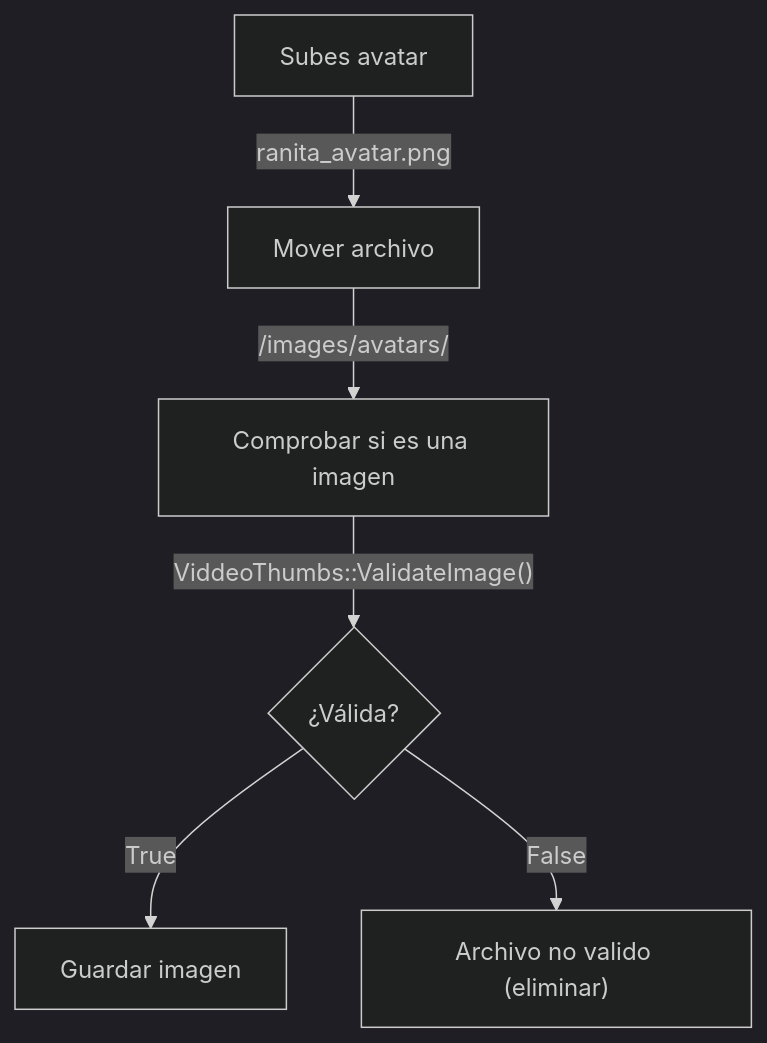
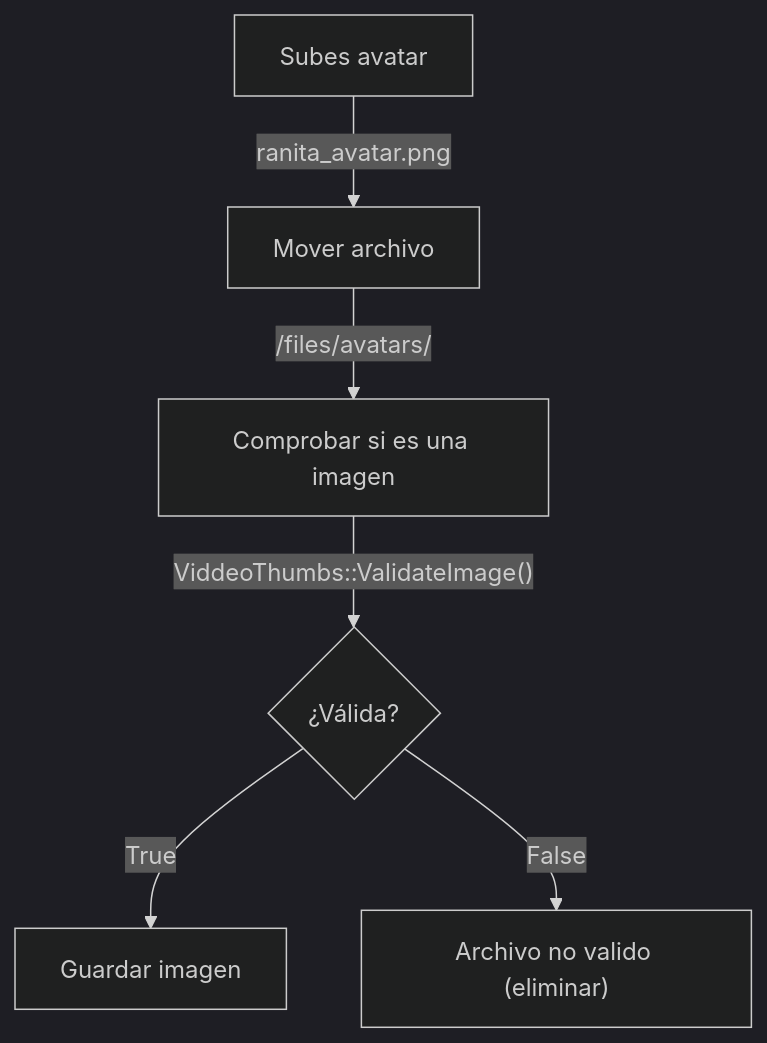
One commit to frogb1t/frogb1t.github.io changed the second of 2 diagrams in _posts/cves/2026-11-20-CVE-2026-25728.md. Above: the diagram before and after it, drawn with Mermaid (dark theme). The commit also changed other lines of this file and 3 other files, not shown here.

````diff
--- a/_posts/cves/2026-11-20-CVE-2026-25728.md
+++ b/_posts/cves/2026-11-20-CVE-2026-25728.md
@@ -60,14 +60,14 @@
 ```mermaid
 flowchart TD
     A["Subes avatar"]
     A-->|ranita_avatar.png|B
     B["Mover archivo"]
-    B-->|/images/avatars/|C
+    B-->|/files/avatars/|C
     C["Comprobar si es una imagen"]
     C-->|"ViddeoThumbs::ValidateImage()"|D
     D{"¿Válida?"}
     D-->|True|E
     D-->|False|F
     E["Guardar imagen"]
     F["Archivo no valido (eliminar)"]
 ```
````
